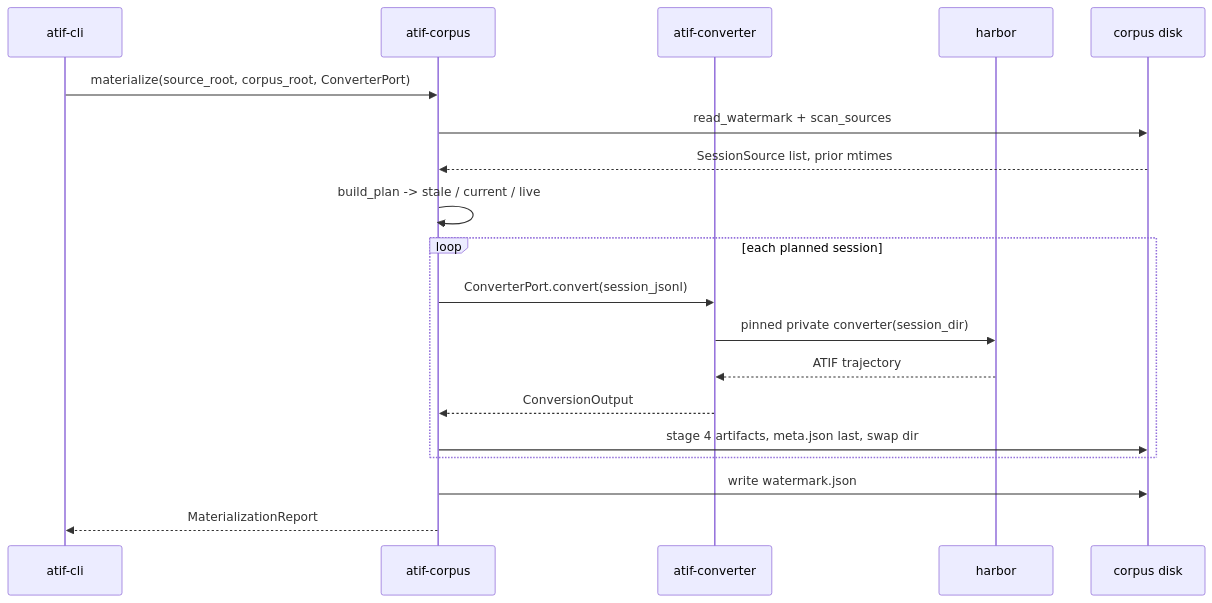
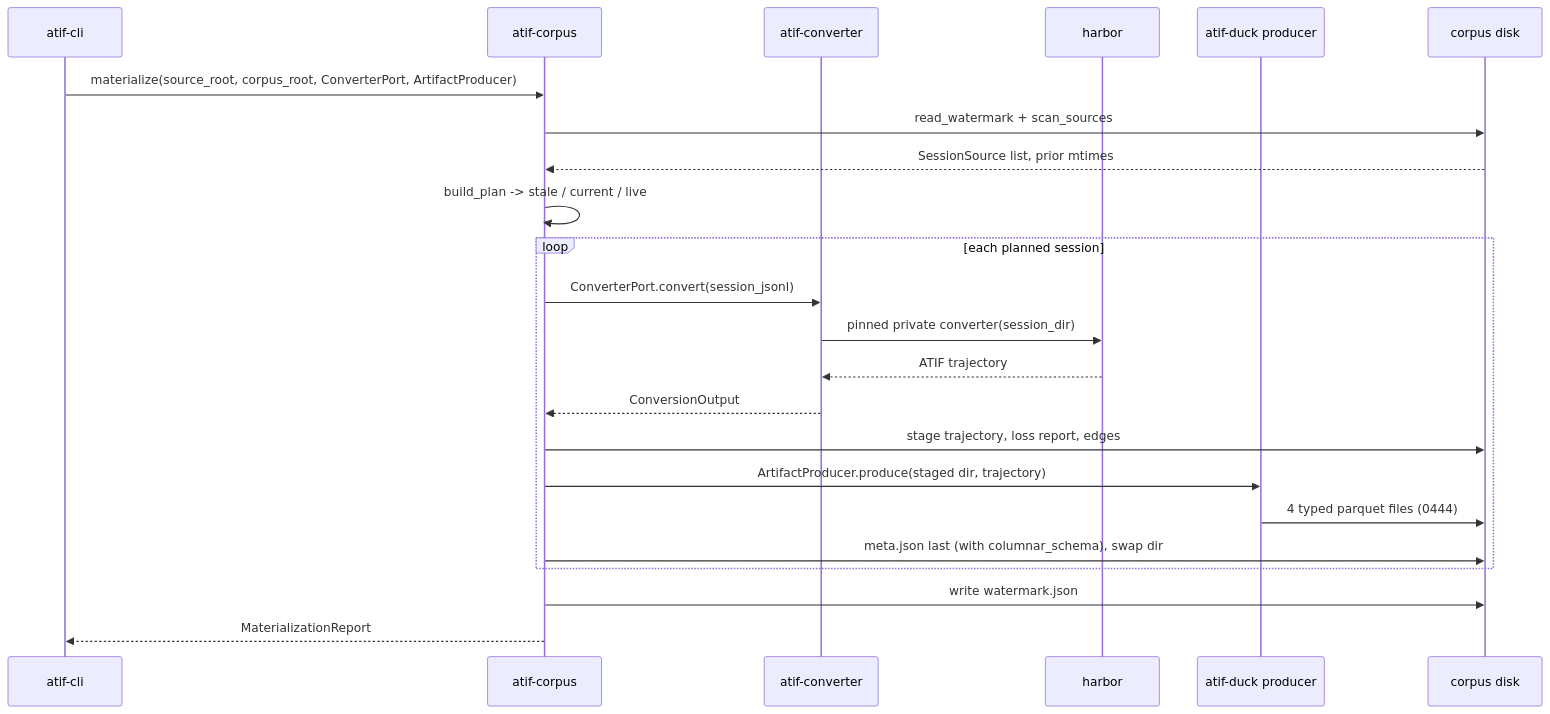
The first of 3 diagrams in docs/architecture/data-flow.md (laithalsaadoon/atif-sql), drawn with Mermaid before and after one commit. The commit also changed other lines of this file and 41 other files, not shown here.

````diff
--- a/docs/architecture/data-flow.md
+++ b/docs/architecture/data-flow.md
@@ -49,22 +54,26 @@
 ```mermaid
 sequenceDiagram
     participant CLI as atif-cli
     participant Corpus as atif-corpus
     participant Conv as atif-converter
     participant Harbor as harbor
+    participant Producer as atif-duck producer
     participant Disk as corpus disk
 
-    CLI->>Corpus: materialize(source_root, corpus_root, ConverterPort)
+    CLI->>Corpus: materialize(source_root, corpus_root, ConverterPort, ArtifactProducer)
     Corpus->>Disk: read_watermark + scan_sources
     Disk-->>Corpus: SessionSource list, prior mtimes
     Corpus->>Corpus: build_plan -> stale / current / live
     loop each planned session
         Corpus->>Conv: ConverterPort.convert(session_jsonl)
         Conv->>Harbor: pinned private converter(session_dir)
         Harbor-->>Conv: ATIF trajectory
         Conv-->>Corpus: ConversionOutput
-        Corpus->>Disk: stage 4 artifacts, meta.json last, swap dir
+        Corpus->>Disk: stage trajectory, loss report, edges
+        Corpus->>Producer: ArtifactProducer.produce(staged dir, trajectory)
+        Producer->>Disk: 4 typed parquet files (0444)
+        Corpus->>Disk: meta.json last (with columnar_schema), swap dir
     end
     Corpus->>Disk: write watermark.json
     Corpus-->>CLI: MaterializationReport
 ```
````
